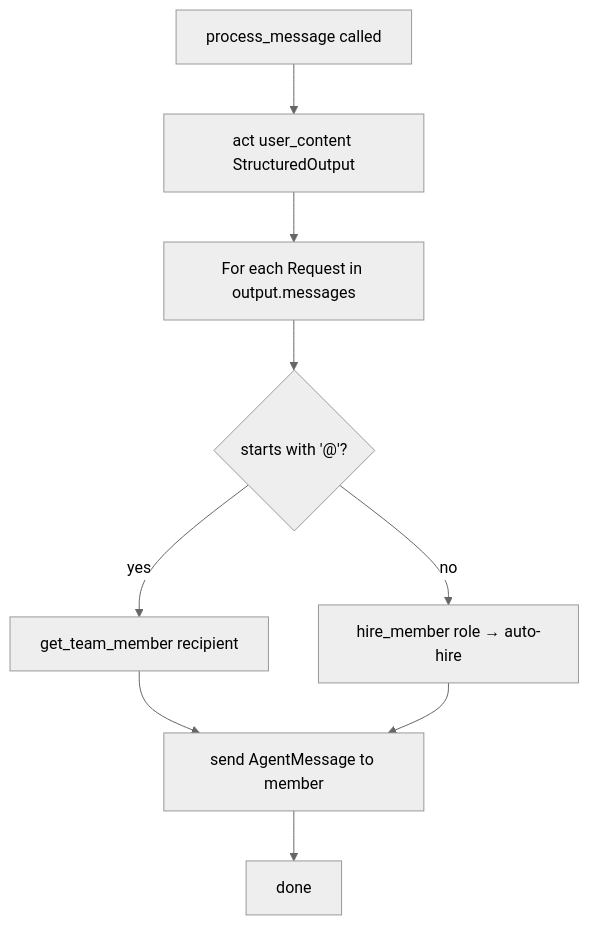
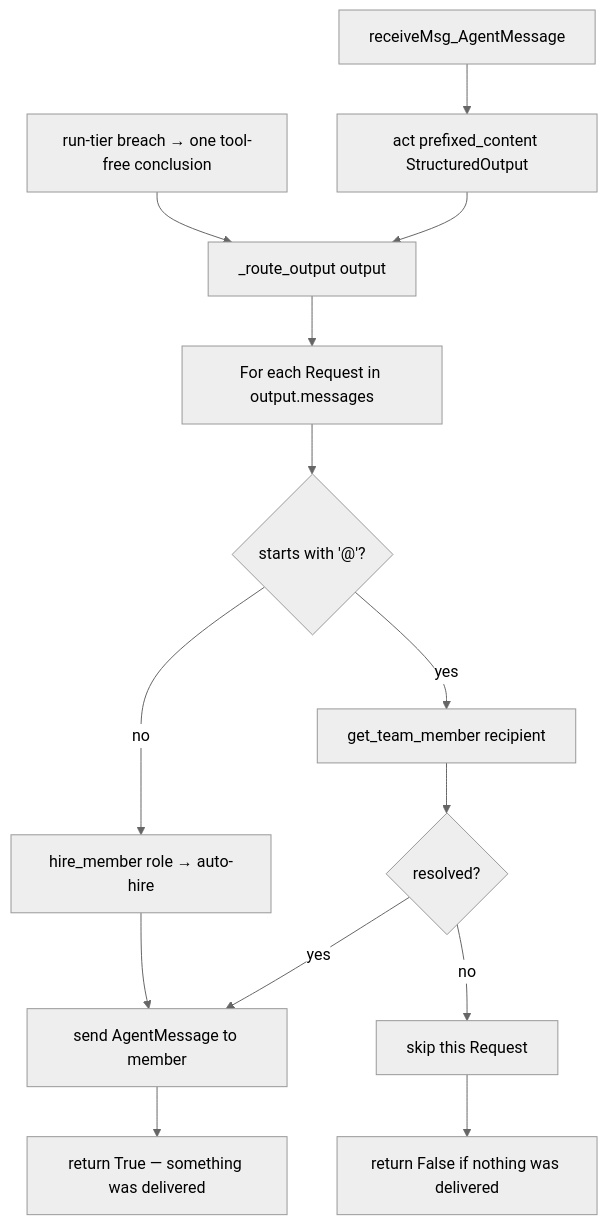
One commit to b12consulting/akgentic-agent changed the fifth of 5 diagrams in docs/agent-collaboration.md. Above: the diagram before and after it, drawn with Mermaid (neutral theme). The commit also changed other lines of this file and 13 other files, not shown here.

First line of the commit message:
feat(akgentic-agent): epic 18 — Conclude on a run-tier breach, escalate on the agent tier (18-1 → 18-2) (#92)

````diff
--- a/docs/agent-collaboration.md
+++ b/docs/agent-collaboration.md
@@ -477,11 +487,16 @@
 ```mermaid
 flowchart TD
-    S[process_message called] --> A[act user_content StructuredOutput]
-    A --> B[For each Request in output.messages]
+    S[receiveMsg_AgentMessage] --> A[act prefixed_content StructuredOutput]
+    A --> R[_route_output output]
+    C[run-tier breach → one tool-free conclusion] --> R
+    R --> B[For each Request in output.messages]
     B --> E{starts with '@'?}
     E -->|yes| F[get_team_member recipient]
-    F --> H[send AgentMessage to member]
+    F --> G{resolved?}
+    G -->|yes| H[send AgentMessage to member]
+    G -->|no| K[skip this Request]
     E -->|no| L[hire_member role → auto-hire]
     L --> H
-    H --> P[done]
+    H --> P[return True — something was delivered]
+    K --> Q[return False if nothing was delivered]
 ```
````
